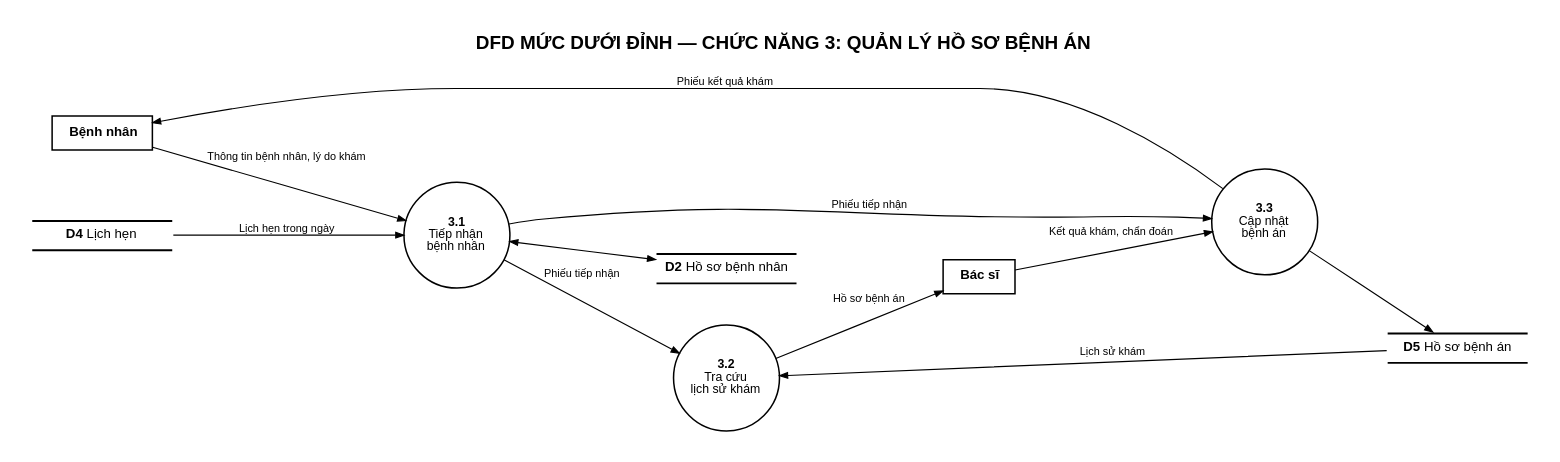
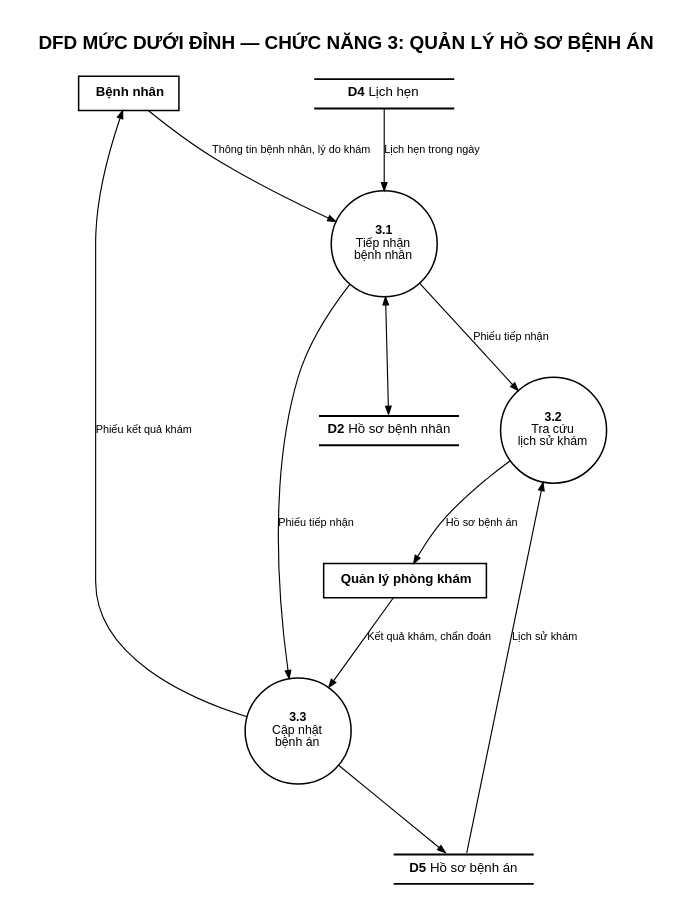
Before and after one commit to DamDucThinh/quan-ly-phong-kham: the diagram in nguon/06-DFD-muc-2-chuc-nang-3-quan-ly-ho-so-benh-an.gv, drawn with Graphviz. The commit also changed 147 other files, not shown here.

```diff
--- a/nguon/06-DFD-muc-2-chuc-nang-3-quan-ly-ho-so-benh-an.gv
+++ b/nguon/06-DFD-muc-2-chuc-nang-3-quan-ly-ho-so-benh-an.gv
@@ -1,23 +1,23 @@
 digraph G {
-  graph [fontname="Arial", bgcolor="white", pad=0.35, labelloc=t, fontsize=20, label=<<B>DFD MỨC DƯỚI ĐỈNH — CHỨC NĂNG 3: QUẢN LÝ HỒ SƠ BỆNH ÁN</B><BR/> >, rankdir=LR, nodesep=0.6, ranksep=1.0];
+  graph [fontname="Arial", bgcolor="white", pad=0.35, labelloc=t, fontsize=20, label=<<B>DFD MỨC DƯỚI ĐỈNH — CHỨC NĂNG 3: QUẢN LÝ HỒ SƠ BỆNH ÁN</B><BR/> >, rankdir=TB, nodesep=0.6, ranksep=1.0];
   node [fontname="Arial", color="black"];
   edge [fontname="Arial", fontsize=11.5, arrowsize=0.85, penwidth=1.2];
   BN [shape=box, style="filled,bold", fillcolor="#ffffff", penwidth=1.6, margin="0.25,0.14", fontsize=14, label=<<B>Bệnh nhân</B>>];
-  BS [shape=box, style="filled,bold", fillcolor="#ffffff", penwidth=1.6, margin="0.25,0.14", fontsize=14, label=<<B>Bác sĩ</B>>];
+  QL [shape=box, style="filled,bold", fillcolor="#ffffff", penwidth=1.6, margin="0.25,0.14", fontsize=14, label=<<B>Quản lý phòng khám</B>>];
   P31 [shape=circle, fixedsize=true, width=1.55, penwidth=1.6, fontsize=13, label=<<B>3.1</B><BR/>Tiếp nhận<BR/>bệnh nhân>];
   P32 [shape=circle, fixedsize=true, width=1.55, penwidth=1.6, fontsize=13, label=<<B>3.2</B><BR/>Tra cứu<BR/>lịch sử khám>];
   P33 [shape=circle, fixedsize=true, width=1.55, penwidth=1.6, fontsize=13, label=<<B>3.3</B><BR/>Cập nhật<BR/>bệnh án>];
   D4 [shape=plain, label=<<TABLE BORDER="0" CELLBORDER="1" CELLSPACING="0" CELLPADDING="7"><TR><TD SIDES="TB" BORDER="2" WIDTH="150"><B>D4</B>  Lịch hẹn</TD></TR></TABLE>>];
   D2 [shape=plain, label=<<TABLE BORDER="0" CELLBORDER="1" CELLSPACING="0" CELLPADDING="7"><TR><TD SIDES="TB" BORDER="2" WIDTH="150"><B>D2</B>  Hồ sơ bệnh nhân</TD></TR></TABLE>>];
   D5 [shape=plain, label=<<TABLE BORDER="0" CELLBORDER="1" CELLSPACING="0" CELLPADDING="7"><TR><TD SIDES="TB" BORDER="2" WIDTH="150"><B>D5</B>  Hồ sơ bệnh án</TD></TR></TABLE>>];
   BN -> P31 [label=<Thông tin bệnh nhân, lý do khám>];
   D4 -> P31 [label=<Lịch hẹn trong ngày>];
   P31 -> D2 [dir=both];
   P31 -> P32 [label=<Phiếu tiếp nhận>];
   P31 -> P33 [label=<Phiếu tiếp nhận>];
   D5 -> P32 [label=<Lịch sử khám>];
-  P32 -> BS [label=<Hồ sơ bệnh án>];
-  BS -> P33 [label=<Kết quả khám, chẩn đoán>];
+  P32 -> QL [label=<Hồ sơ bệnh án>];
+  QL -> P33 [label=<Kết quả khám, chẩn đoán>];
   P33 -> D5 [];
   P33 -> BN [label=<Phiếu kết quả khám>];
 }
```
